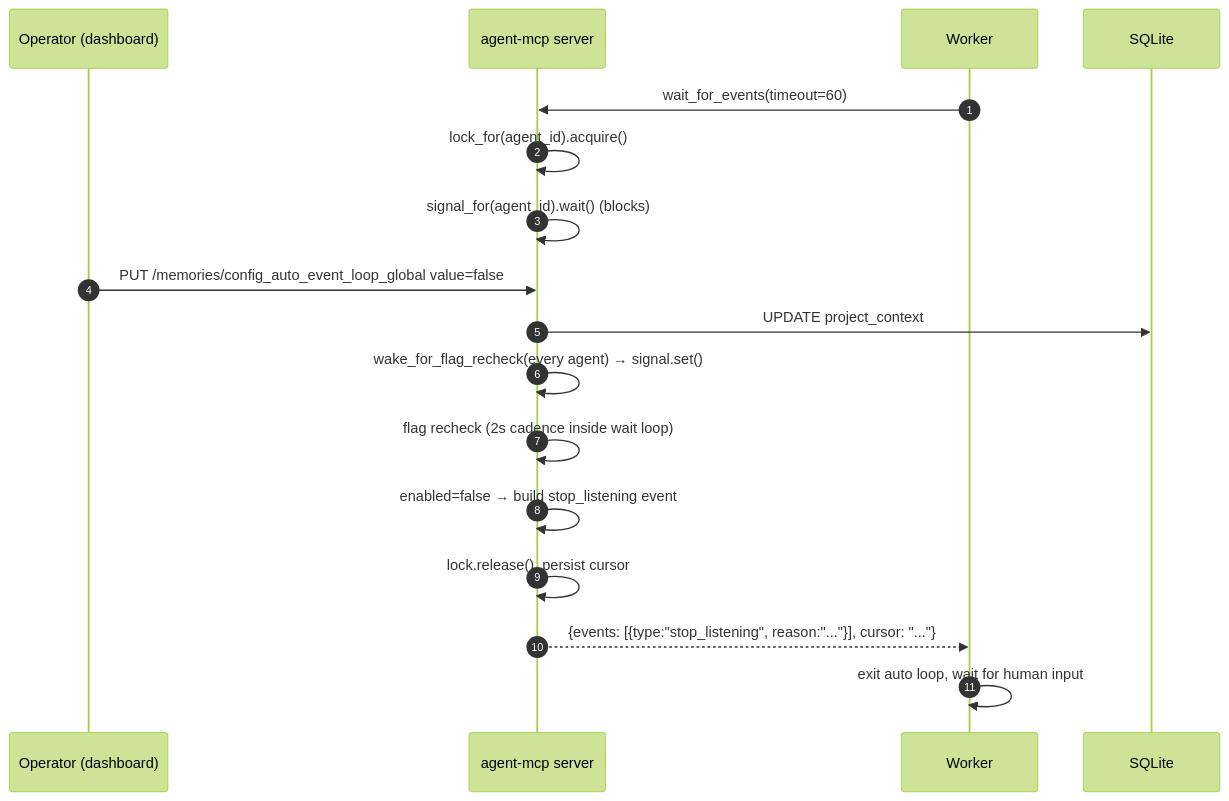
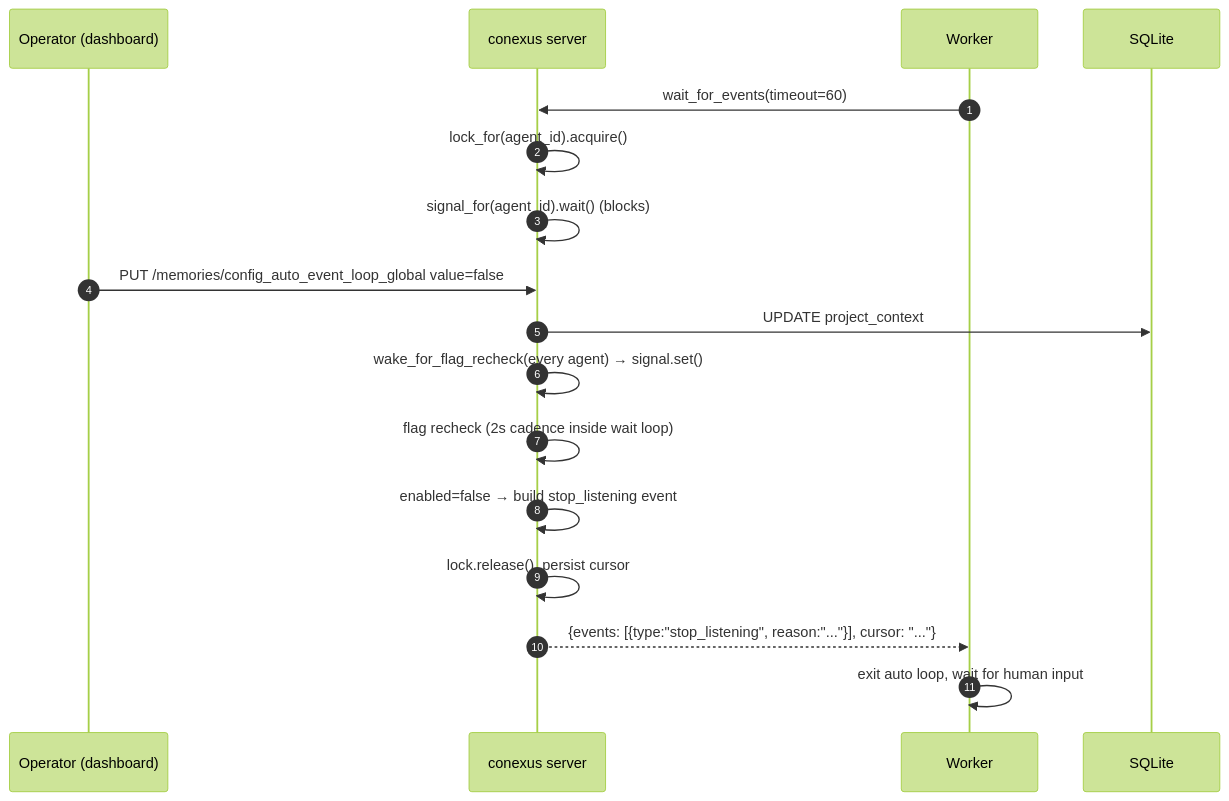
Before and after one commit to dvaerum/CoNexus: the third of 3 diagrams in docs/adr/0011-event-driven-agent-coordination.md, drawn with Mermaid (forest theme). The commit also changed other lines of this file and 528 other files, not shown here.

First line of the commit message:
feat: full agent-mcp -> conexus identifier rename, repo-wide (Stage F) (#1036)

````diff
--- a/docs/adr/0011-event-driven-agent-coordination.md
+++ b/docs/adr/0011-event-driven-agent-coordination.md
@@ -107,21 +107,21 @@
 ```mermaid
 sequenceDiagram
     autonumber
     participant Op as Operator (dashboard)
-    participant S as agent-mcp server
+    participant S as conexus server
     participant W as Worker
     participant DB as SQLite
 
     W->>S: wait_for_events(timeout=60)
     S->>S: lock_for(agent_id).acquire()
     S->>S: signal_for(agent_id).wait() (blocks)
 
     Op->>S: PUT /memories/config_auto_event_loop_global value=false
     S->>DB: UPDATE project_context
     S->>S: wake_for_flag_recheck(every agent) → signal.set()
     S->>S: flag recheck (2s cadence inside wait loop)
     S->>S: enabled=false → build stop_listening event
     S->>S: lock.release(), persist cursor
     S-->>W: {events: [{type:"stop_listening", reason:"..."}], cursor: "..."}
     W->>W: exit auto loop, wait for human input
 ```
````
